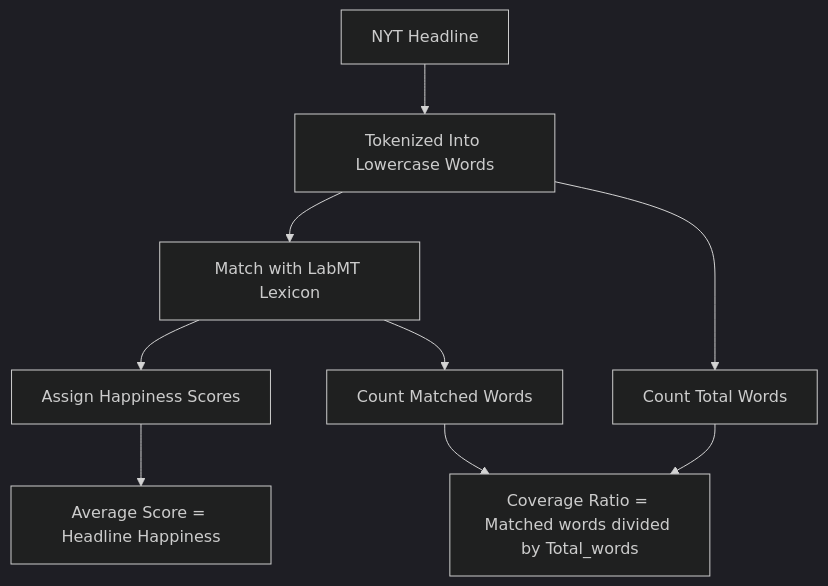
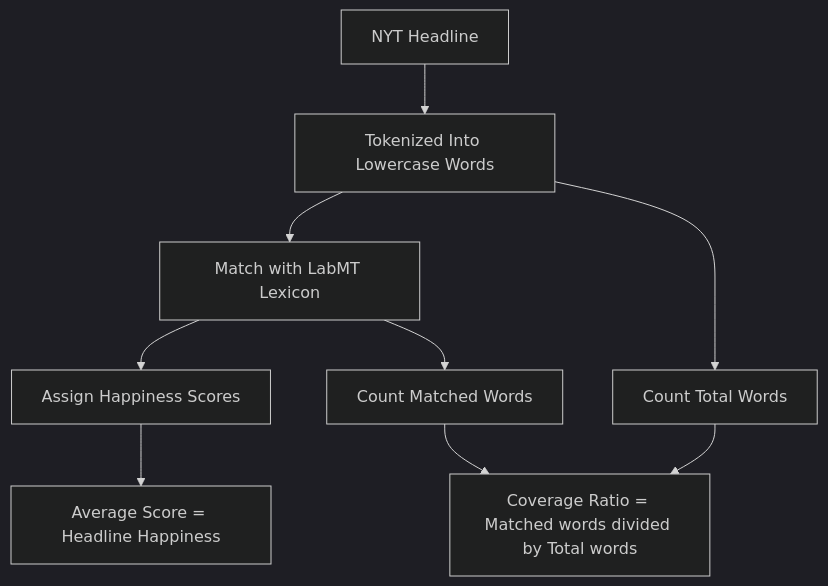
The diagram in README.md (lucywu94/Group10-hedonometer-project), drawn with Mermaid (dark theme) before and after one commit.

Commit message:
Improve mini-project 2 method flowchart

````diff
--- a/README.md
+++ b/README.md
@@ -200,12 +200,12 @@
 ```mermaid
 flowchart TD
 A[NYT Headline] --> B[Tokenized Into Lowercase Words]
 B --> C[Match with LabMT Lexicon]
 C --> D[Assign Happiness Scores]
 D --> E[Average Score = Headline Happiness]
 
 C --> F[Count Matched Words]
 B --> G[Count Total Words]
-F --> H[Coverage Ratio = Matched words divided by Total_words]
+F --> H[Coverage Ratio = Matched words divided by Total words]
 G --> H
 ```
````
